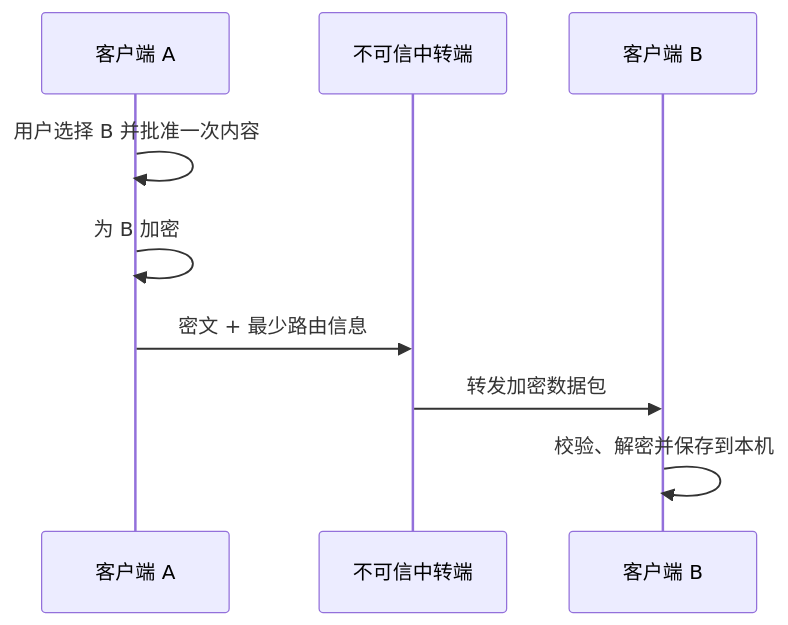
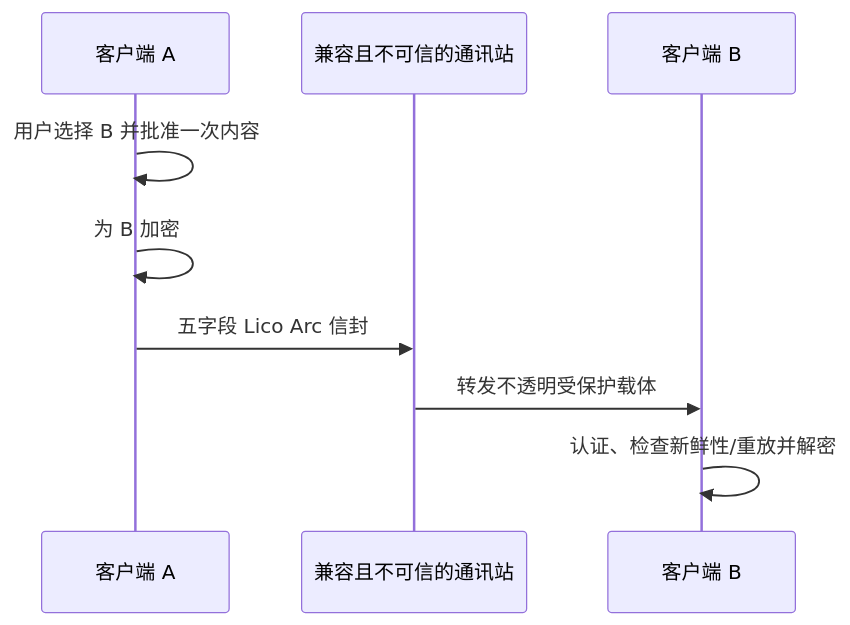
The third of 3 diagrams in docs/architecture/README.zh-CN.md (LicoLand/LicoUp), drawn with Mermaid before and after one commit. The commit also changed other lines of this file and 1363 other files, not shown here.

````diff
--- a/docs/architecture/README.zh-CN.md
+++ b/docs/architecture/README.zh-CN.md
@@ -143,11 +174,11 @@
 ```mermaid
 sequenceDiagram
     participant A as 客户端 A
-    participant R as 不可信中转端
+    participant R as 兼容且不可信的通讯站
     participant B as 客户端 B
     A->>A: 用户选择 B 并批准一次内容
     A->>A: 为 B 加密
-    A->>R: 密文 + 最少路由信息
-    R->>B: 转发加密数据包
-    B->>B: 校验、解密并保存到本机
+    A->>R: 五字段 Lico Arc 信封
+    R->>B: 转发不透明受保护载体
+    B->>B: 认证、检查新鲜性/重放并解密
 ```
````
